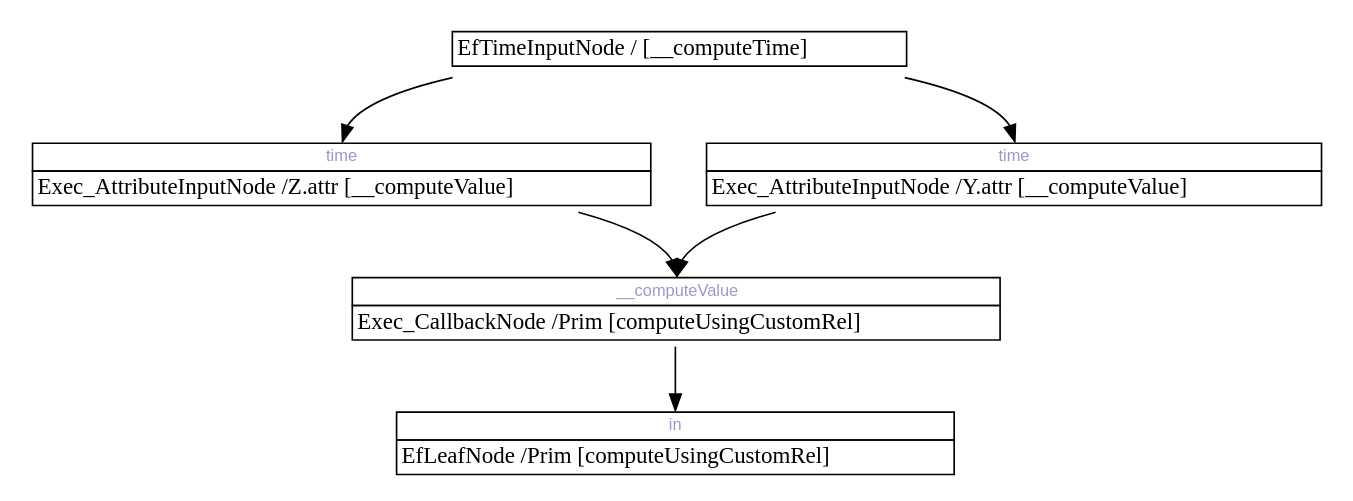
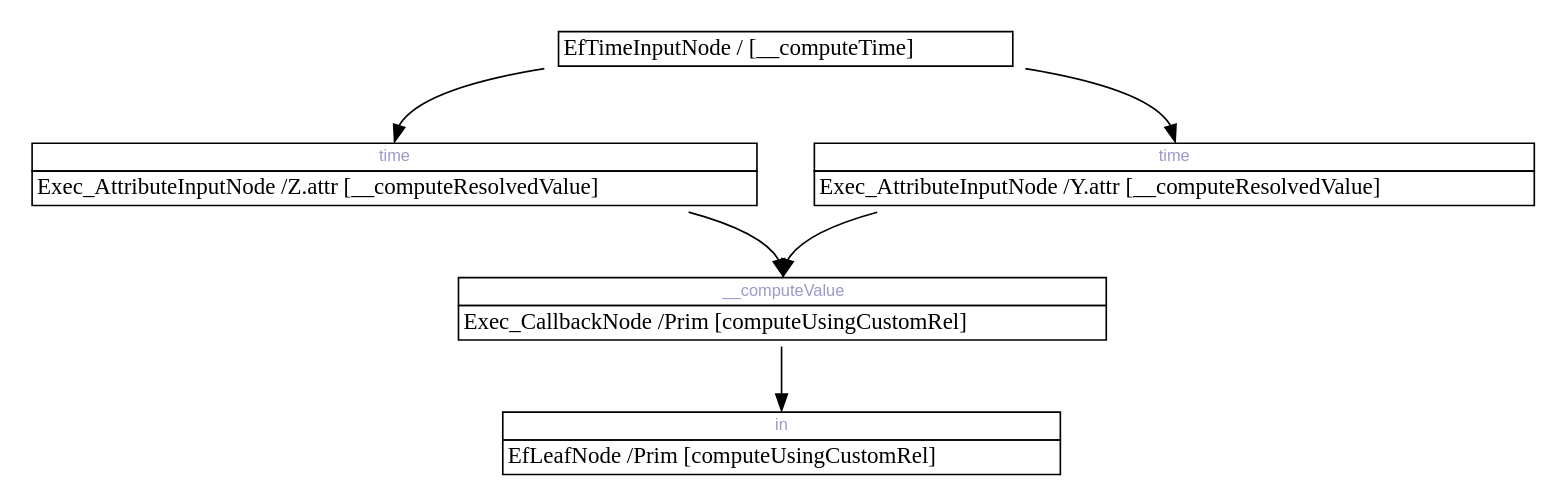
One commit to cpichard/USD changed the diagram in pxr/exec/execUsd/testenv/testExecUsdRecompilation/baseline/TestRecompileAfterChangingOldRelationshipTarget-3.dot. Above: the diagram before and after it, drawn with Graphviz. The commit also changed 45 other files, not shown here.

First line of the commit message:
OpenExec: Introduce attribute expressions

```diff
--- a/pxr/exec/execUsd/testenv/testExecUsdRecompilation/baseline/TestRecompileAfterChangingOldRelationshipTarget-3.dot
+++ b/pxr/exec/execUsd/testenv/testExecUsdRecompilation/baseline/TestRecompileAfterChangingOldRelationshipTarget-3.dot
@@ -1,39 +1,39 @@
 digraph network {
 	rankdir=TB;
 	page="8.5, 11";
 
 	node [shape=plaintext];
 		"0x7f823653a560" [label=<
 		<TABLE BORDER="0" CELLBORDER="1" CELLSPACING="0">
 			<TR><TD COLSPAN="1"> EfTimeInputNode / [__computeTime] </TD></TR>
 		</TABLE>>];
 	node [shape=plaintext];
 		"0x7f8226a3b200" [label=<
 		<TABLE BORDER="0" CELLBORDER="1" CELLSPACING="0">
 			<TR><TD PORT="0x7f82365242f0" COLSPAN="1"><FONT POINT-SIZE="10" FACE="Arial" COLOR="#9999cc">time</FONT></TD></TR>
-			<TR><TD COLSPAN="1"> Exec_AttributeInputNode /Z.attr [__computeValue] </TD></TR>
+			<TR><TD COLSPAN="1"> Exec_AttributeInputNode /Z.attr [__computeResolvedValue] </TD></TR>
 		</TABLE>>];
 	node [shape=plaintext];
 		"0x7f8224a70300" [label=<
 		<TABLE BORDER="0" CELLBORDER="1" CELLSPACING="0">
 			<TR><TD PORT="0x7f8236525400" COLSPAN="1"><FONT POINT-SIZE="10" FACE="Arial" COLOR="#9999cc">time</FONT></TD></TR>
-			<TR><TD COLSPAN="1"> Exec_AttributeInputNode /Y.attr [__computeValue] </TD></TR>
+			<TR><TD COLSPAN="1"> Exec_AttributeInputNode /Y.attr [__computeResolvedValue] </TD></TR>
 		</TABLE>>];
 	node [shape=plaintext];
 		"0x7f8230416330" [label=<
 		<TABLE BORDER="0" CELLBORDER="1" CELLSPACING="0">
 			<TR><TD PORT="0x7f82365255b0" COLSPAN="1"><FONT POINT-SIZE="10" FACE="Arial" COLOR="#9999cc">__computeValue</FONT></TD></TR>
 			<TR><TD COLSPAN="1"> Exec_CallbackNode /Prim [computeUsingCustomRel] </TD></TR>
 		</TABLE>>];
 	node [shape=plaintext];
 		"0x7f8230523a00" [label=<
 		<TABLE BORDER="0" CELLBORDER="1" CELLSPACING="0">
 			<TR><TD PORT="0x7f8236525b20" COLSPAN="1"><FONT POINT-SIZE="10" FACE="Arial" COLOR="#9999cc">in</FONT></TD></TR>
 			<TR><TD COLSPAN="1"> EfLeafNode /Prim [computeUsingCustomRel] </TD></TR>
 		</TABLE>>];
 		"0x7f823653a560" -> "0x7f8226a3b200":"0x7f82365242f0":n;
 		"0x7f823653a560" -> "0x7f8224a70300":"0x7f8236525400":n;
 		"0x7f8224a70300" -> "0x7f8230416330":"0x7f82365255b0":n;
 		"0x7f8226a3b200" -> "0x7f8230416330":"0x7f82365255b0":n;
 		"0x7f8230416330" -> "0x7f8230523a00":"0x7f8236525b20":n;
 }
```
